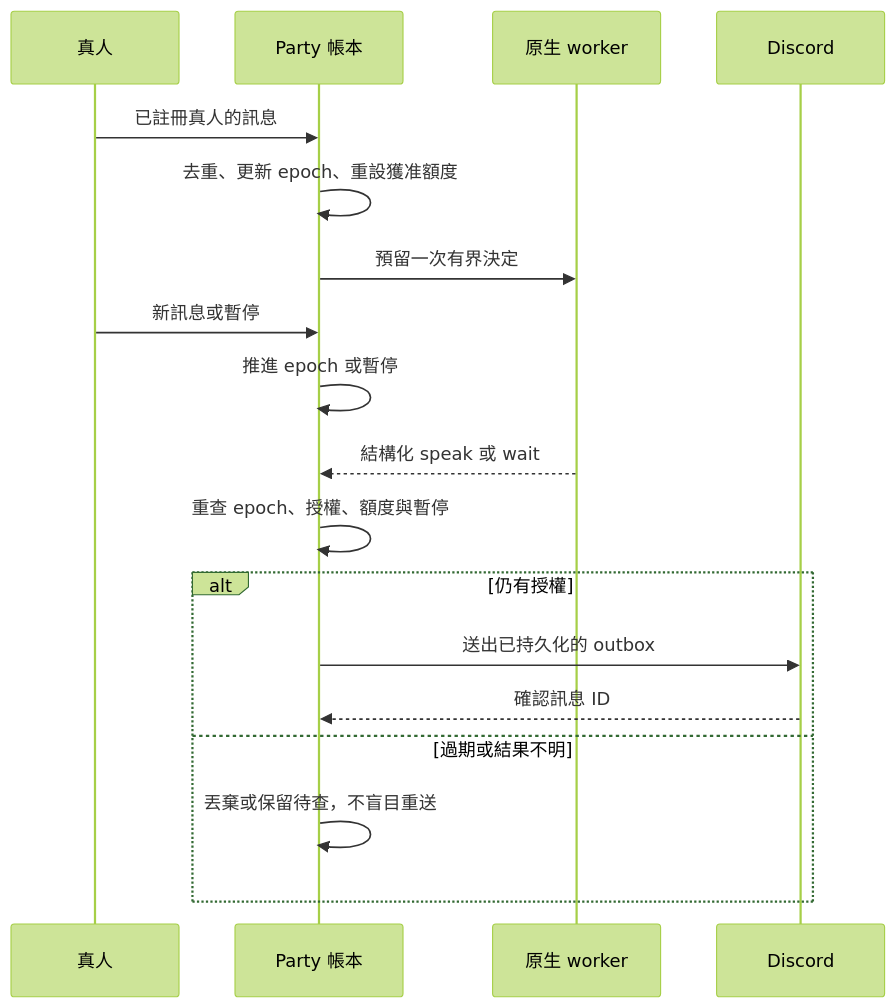
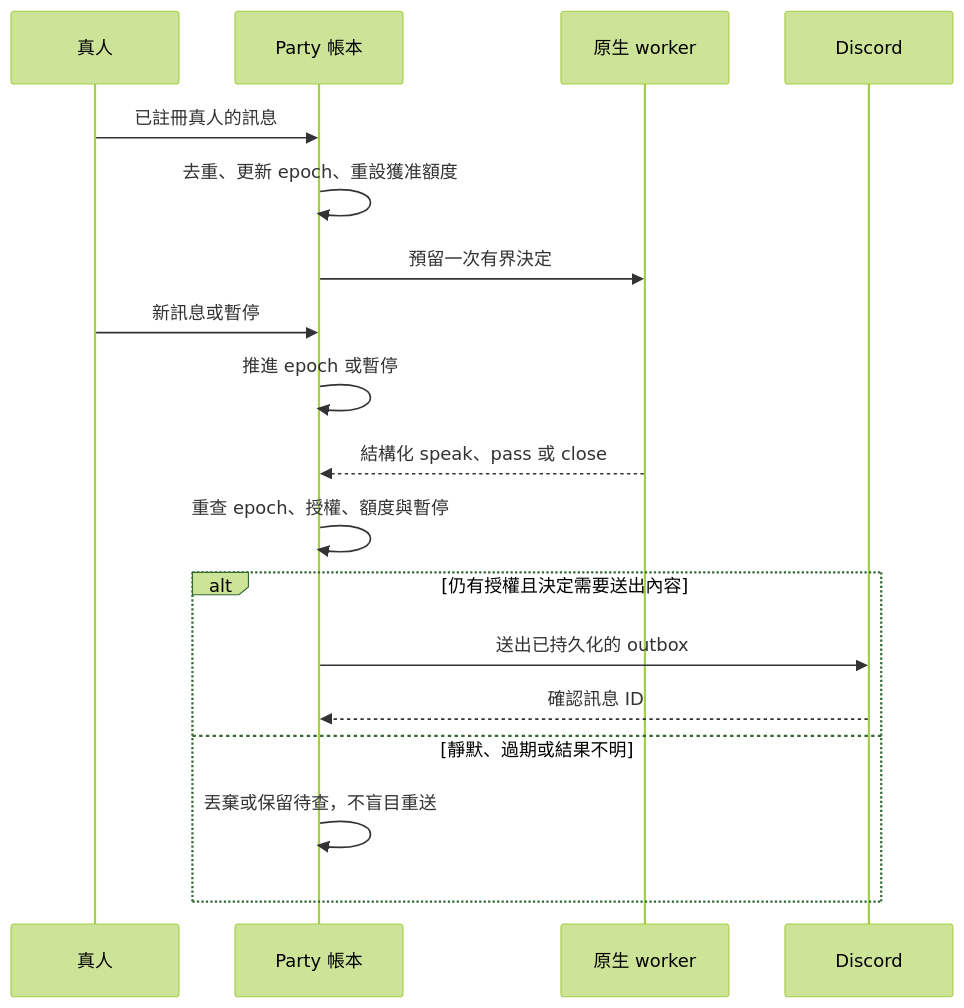
The first of 2 diagrams in docs/flows.md (KerberosClaw/kc_agent_a2a), drawn with Mermaid (forest theme) before and after one commit. The commit also changed 10 other files, not shown here.

````diff
--- a/docs/flows.md
+++ b/docs/flows.md
@@ -7,20 +7,20 @@
 ```mermaid
 sequenceDiagram
     participant Human as 真人
     participant State as Party 帳本
     participant Model as 原生 worker
     participant Discord
     Human->>State: 已註冊真人的訊息
     State->>State: 去重、更新 epoch、重設獲准額度
     State->>Model: 預留一次有界決定
     Human->>State: 新訊息或暫停
     State->>State: 推進 epoch 或暫停
-    Model-->>State: 結構化 speak 或 wait
+    Model-->>State: 結構化 speak、pass 或 close
     State->>State: 重查 epoch、授權、額度與暫停
-    alt 仍有授權
+    alt 仍有授權且決定需要送出內容
         State->>Discord: 送出已持久化的 outbox
         Discord-->>State: 確認訊息 ID
-    else 過期或結果不明
+    else 靜默、過期或結果不明
         State->>State: 丟棄或保留待查，不盲目重送
     end
 ```
````
